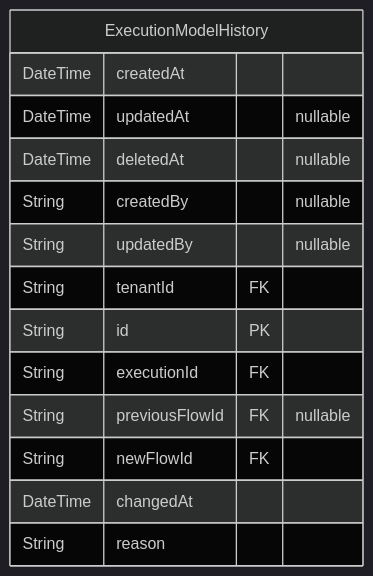
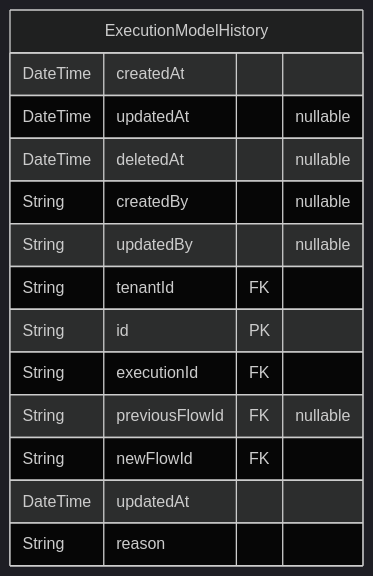
One commit to jesushg-dev/request-admin changed the fourth of 5 diagrams in docs/ERD.md. Above: the diagram before and after it, drawn with Mermaid (dark theme). The commit also changed other lines of this file and 58 other files, not shown here.

````diff
--- a/docs/ERD.md
+++ b/docs/ERD.md
@@ -145,17 +148,17 @@
 ```mermaid
 erDiagram
 "ExecutionModelHistory" {
   DateTime createdAt
   DateTime updatedAt "nullable"
   DateTime deletedAt "nullable"
   String createdBy "nullable"
   String updatedBy "nullable"
   String tenantId FK
   String id PK
   String executionId FK
   String previousFlowId FK "nullable"
   String newFlowId FK
-  DateTime changedAt
+  DateTime updatedAt
   String reason
 }
 ```
````
